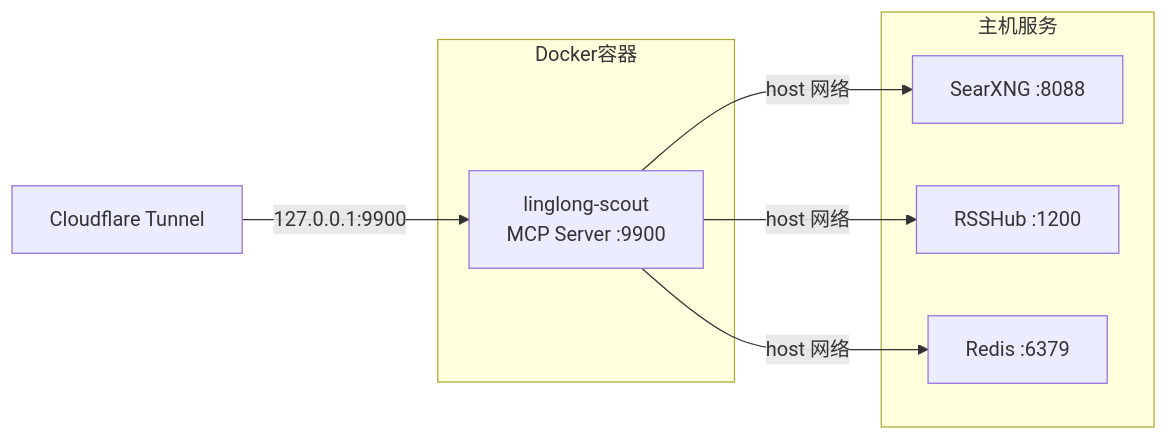
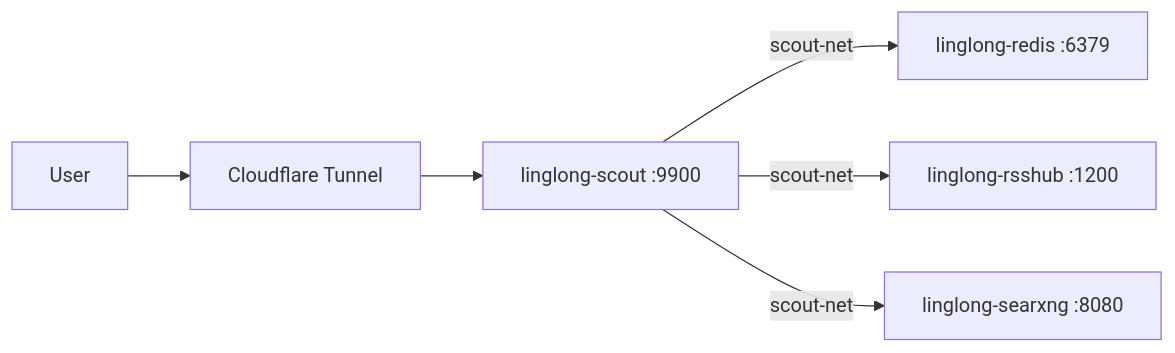
The fourth of 4 diagrams in docs/design/06-mcp.md (xinovate/linglong-scout), drawn with Mermaid before and after one commit. The commit also changed other lines of this file and 3 other files, not shown here.

````diff
--- a/docs/design/06-mcp.md
+++ b/docs/design/06-mcp.md
@@ -98,17 +98,8 @@
 ```mermaid
 graph LR
-    subgraph Docker容器
-        SCOUT["linglong-scout<br/>MCP Server :9900"]
-    end
-
-    subgraph 主机服务
-        SEARXNG["SearXNG :8088"]
-        RSSHUB["RSSHub :1200"]
-        REDIS["Redis :6379"]
-    end
-
-    CF["Cloudflare Tunnel"] -->|127.0.0.1:9900| SCOUT
-    SCOUT -->|host 网络| SEARXNG
-    SCOUT -->|host 网络| RSSHUB
-    SCOUT -->|host 网络| REDIS
+    User --> CF[Cloudflare Tunnel]
+    CF --> Scout[linglong-scout :9900]
+    Scout -->|scout-net| Redis[linglong-redis :6379]
+    Scout -->|scout-net| RSSHub[linglong-rsshub :1200]
+    Scout -->|scout-net| SearXNG[linglong-searxng :8080]
 ```
````
